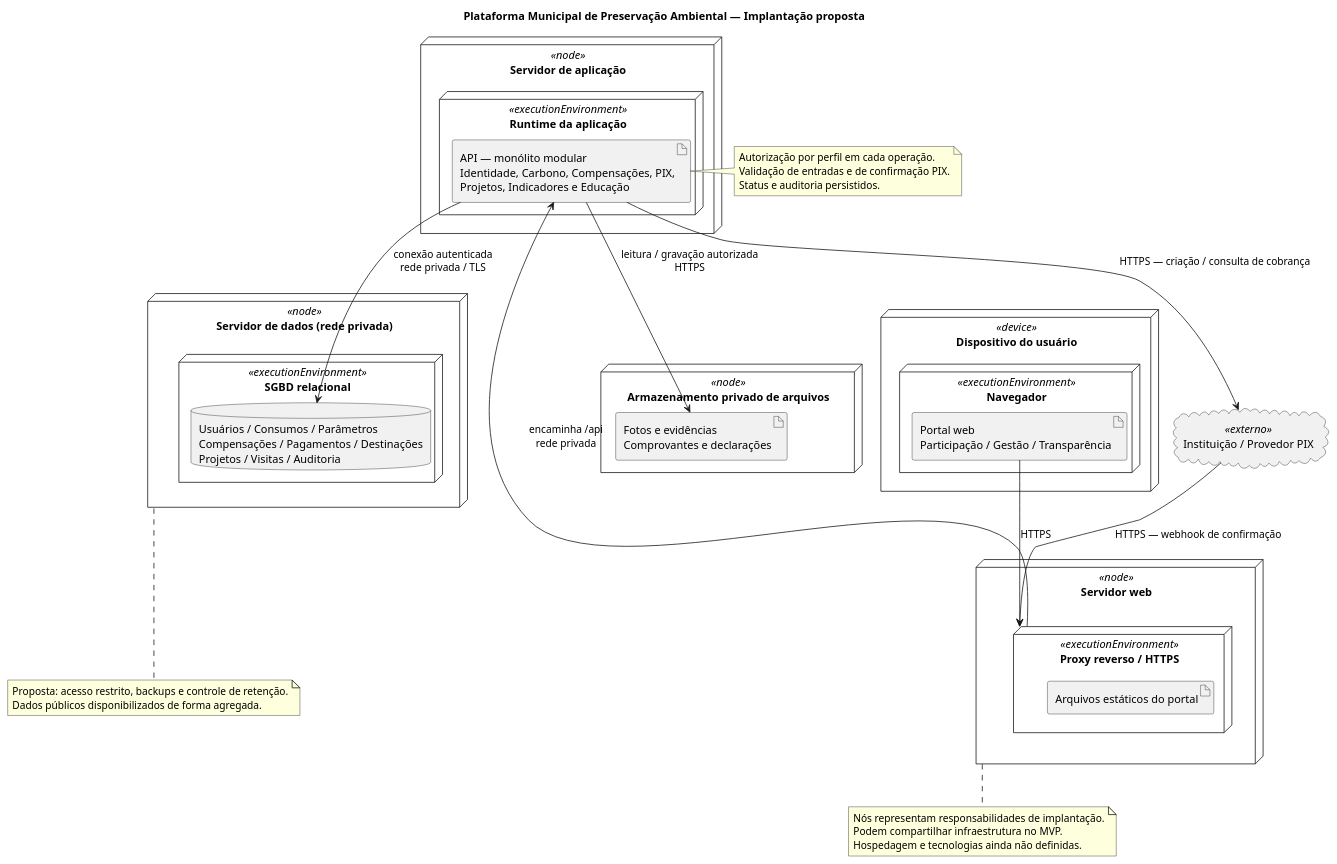
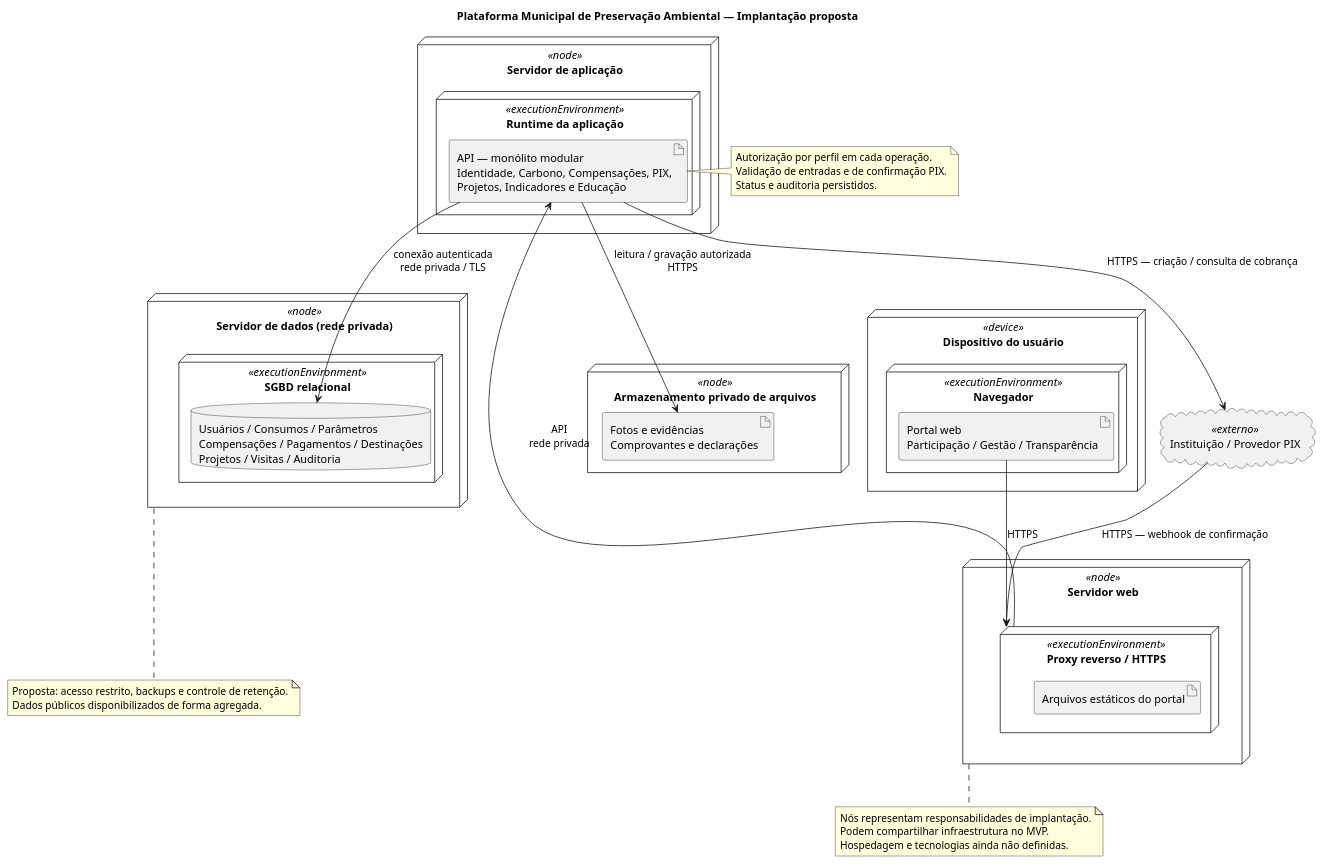
One commit to biga1500/AnaliseProjetoSistemas changed the diagram in diagramas/implantacao.puml. Above: the diagram before and after it, drawn with PlantUML. The commit also changed 7 other files, not shown here.

Commit message:
docs: publica imagens SVG e PNG dos diagramas UML

```diff
--- a/diagramas/implantacao.puml
+++ b/diagramas/implantacao.puml
@@ -1,48 +1,48 @@
 @startuml
 title Plataforma Municipal de Preservação Ambiental — Implantação proposta
 skinparam shadowing false
 node "Dispositivo do usuário" <<device>> as dispositivo {
   node "Navegador" <<executionEnvironment>> {
     artifact "Portal web\nParticipação / Gestão / Transparência" as portal
   }
 }
 node "Servidor web" <<node>> as web {
   node "Proxy reverso / HTTPS" <<executionEnvironment>> as proxy {
     artifact "Arquivos estáticos do portal" as arquivos
   }
 }
 node "Servidor de aplicação" <<node>> as app {
   node "Runtime da aplicação" <<executionEnvironment>> {
     artifact "API — monólito modular\nIdentidade, Carbono, Compensações, PIX,\nProjetos, Indicadores e Educação" as api
   }
 }
 node "Servidor de dados (rede privada)" <<node>> as dados {
   node "SGBD relacional" <<executionEnvironment>> {
     database "Usuários / Consumos / Parâmetros\nCompensações / Pagamentos / Destinações\nProjetos / Visitas / Auditoria" as db
   }
 }
 node "Armazenamento privado de arquivos" <<node>> as storage {
   artifact "Fotos e evidências\nComprovantes e declarações" as docs
 }
 cloud "Instituição / Provedor PIX" <<externo>> as pix
 portal --> proxy : HTTPS
-proxy --> api : encaminha /api\nrede privada
+proxy --> api : API\nrede privada
 api --> db : conexão autenticada\nrede privada / TLS
 api --> docs : leitura / gravação autorizada\nHTTPS
 api --> pix : HTTPS — criação / consulta de cobrança
 pix --> proxy : HTTPS — webhook de confirmação
 note right of api
 Autorização por perfil em cada operação.
 Validação de entradas e de confirmação PIX.
 Status e auditoria persistidos.
 end note
 note bottom of dados
 Proposta: acesso restrito, backups e controle de retenção.
 Dados públicos disponibilizados de forma agregada.
 end note
 note bottom of web
 Nós representam responsabilidades de implantação.
 Podem compartilhar infraestrutura no MVP.
 Hospedagem e tecnologias ainda não definidas.
 end note
 @enduml
```
